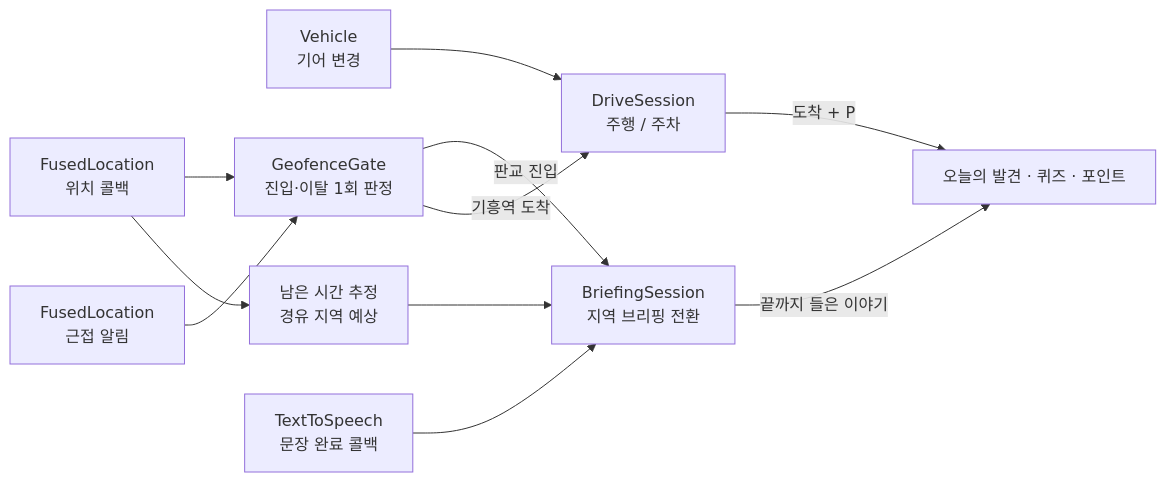
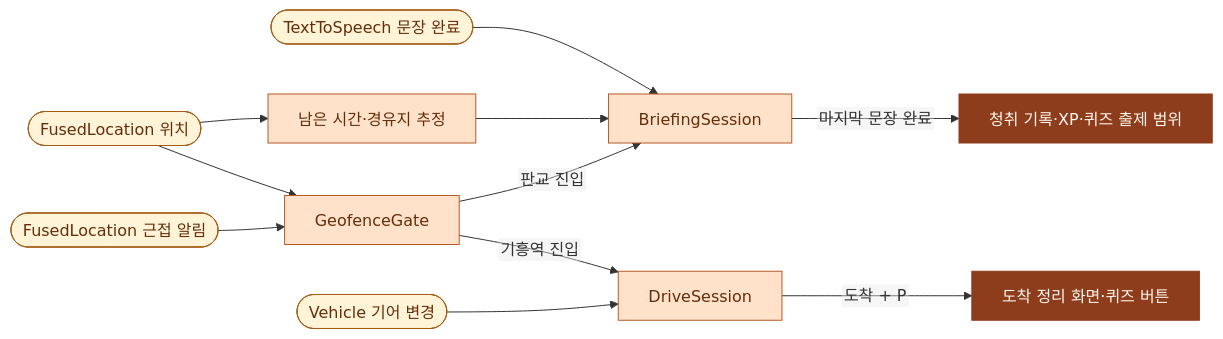
Before and after one commit to beolene1/ROUTEONOMY: the first of 2 diagrams in README.md, drawn with Mermaid. The commit also changed other lines of this file and 1 other file, not shown here.

````diff
--- a/README.md
+++ b/README.md
@@ -98,13 +124,23 @@
 ```mermaid
+---
+config:
+  htmlLabels: false
+---
 flowchart LR
-    Gear["Vehicle<br/>기어 변경"] --> Drive["DriveSession<br/>주행 / 주차"]
-    Loc["FusedLocation<br/>위치 콜백"] --> Gate["GeofenceGate<br/>진입·이탈 1회 판정"]
-    Alert["FusedLocation<br/>근접 알림"] --> Gate
-    Loc --> Time["남은 시간 추정<br/>경유 지역 예상"]
-    Gate -->|판교 진입| Brief["BriefingSession<br/>지역 브리핑 전환"]
-    Gate -->|기흥역 도착| Drive
-    Time --> Brief
-    TTSDone["TextToSpeech<br/>문장 완료 콜백"] --> Brief
-    Brief -->|끝까지 들은 이야기| Reward["오늘의 발견 · 퀴즈 · 포인트"]
-    Drive -->|도착 + P| Reward
+    tts(["TextToSpeech 문장 완료"]) --> playback["BriefingSession"]
+    location(["FusedLocation 위치"]) --> estimate["남은 시간·경유지 추정"] --> playback
+    location --> fence["GeofenceGate"]
+    proximity(["FusedLocation 근접 알림"]) --> fence
+    fence -->|"판교 진입"| playback
+    playback -->|"마지막 문장 완료"| heard["청취 기록·XP·퀴즈 출제 범위"]
+    fence -->|"기흥역 진입"| drive["DriveSession"]
+    gear(["Vehicle 기어 변경"]) --> drive
+    drive -->|"도착 + P"| arrival["도착 정리 화면·퀴즈 버튼"]
+
+    classDef event fill:#fff3d8,stroke:#a45d18,color:#652e0a
+    classDef state fill:#ffe2c9,stroke:#b45b26,color:#652e0a
+    classDef result fill:#8d3d1c,stroke:#8d3d1c,color:#fff7ed
+    class location,proximity,tts,gear event
+    class estimate,fence,playback,drive state
+    class heard,arrival result
 ```
````
